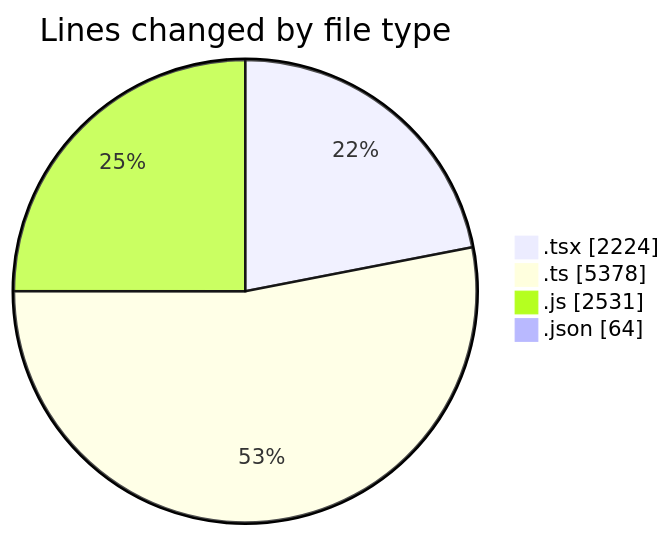
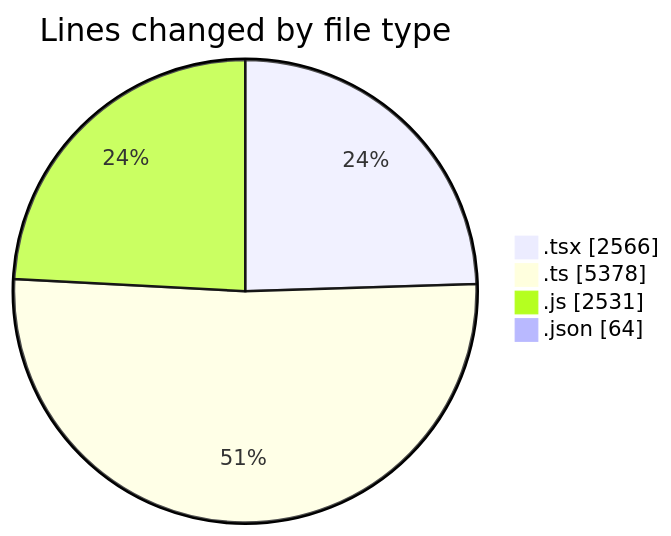
One commit to momahboobian/code-tracking changed the first of 2 diagrams in 2026-07-30/cda/README.md. Above: the diagram before and after it, drawn with Mermaid. The commit also changed other lines of this file and 1 other file, not shown here.

````diff
--- a/2026-07-30/cda/README.md
+++ b/2026-07-30/cda/README.md
@@ -47,8 +47,8 @@
 ```mermaid
 pie showData
 title Lines changed by file type
-".tsx" : 2224
+".tsx" : 2566
 ".ts" : 5378
 ".js" : 2531
 ".json" : 64
 ```
````
